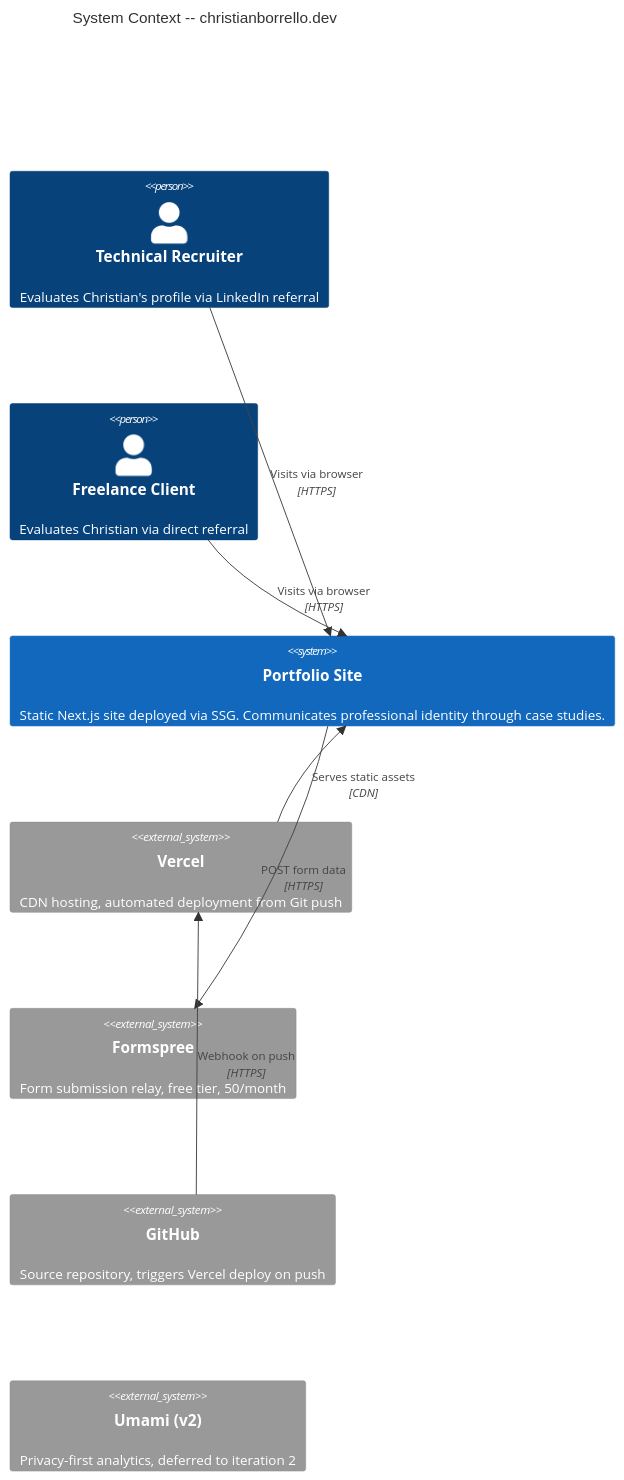
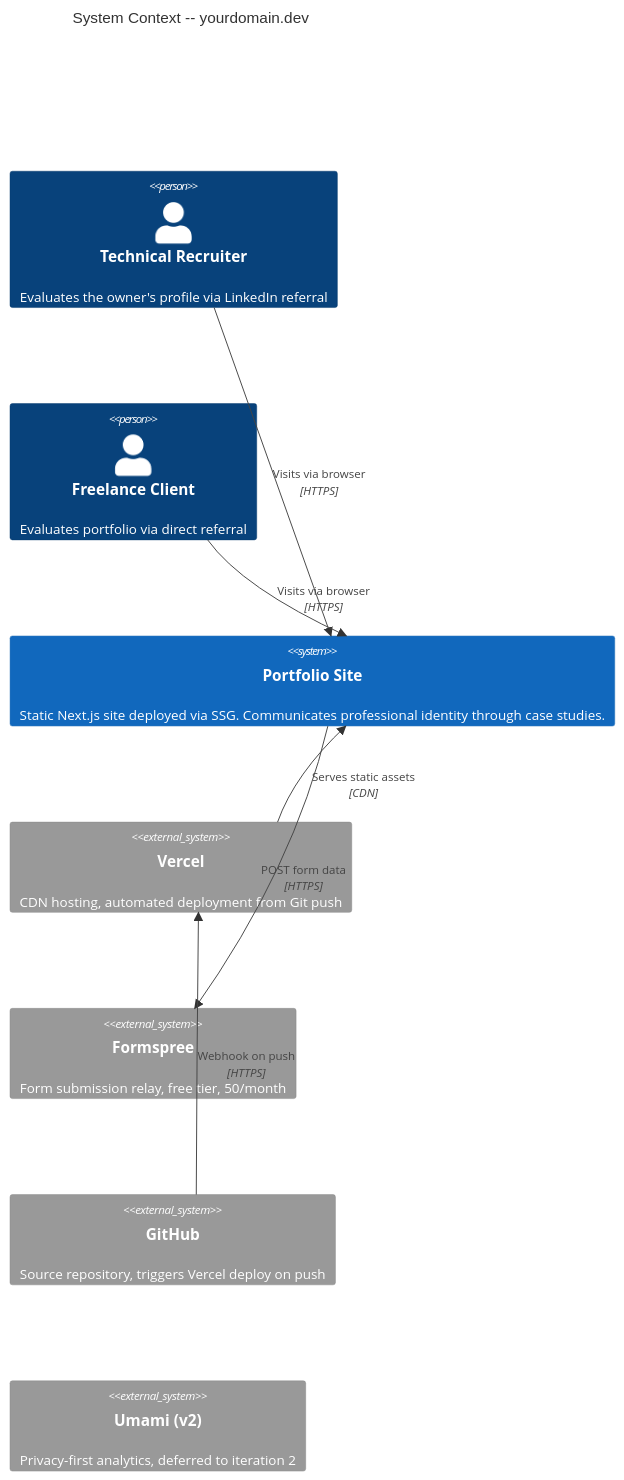
Before and after one commit to christianBorrello/WebPortfolio: the first of 7 diagrams in docs/design/architecture-design.md, drawn with Mermaid. The commit also changed other lines of this file and 116 other files, not shown here.

````diff
--- a/docs/design/architecture-design.md
+++ b/docs/design/architecture-design.md
@@ -11,20 +9,20 @@
 ```mermaid
 C4Context
-    title System Context -- christianborrello.dev
+    title System Context -- yourdomain.dev
 
-    Person(recruiter, "Technical Recruiter", "Evaluates Christian's profile via LinkedIn referral")
-    Person(client, "Freelance Client", "Evaluates Christian via direct referral")
+    Person(recruiter, "Technical Recruiter", "Evaluates the owner's profile via LinkedIn referral")
+    Person(client, "Freelance Client", "Evaluates portfolio via direct referral")
 
     System(portfolio, "Portfolio Site", "Static Next.js site deployed via SSG. Communicates professional identity through case studies.")
 
     System_Ext(vercel, "Vercel", "CDN hosting, automated deployment from Git push")
     System_Ext(formspree, "Formspree", "Form submission relay, free tier, 50/month")
     System_Ext(github, "GitHub", "Source repository, triggers Vercel deploy on push")
     System_Ext(umami, "Umami (v2)", "Privacy-first analytics, deferred to iteration 2")
 
     Rel(recruiter, portfolio, "Visits via browser", "HTTPS")
     Rel(client, portfolio, "Visits via browser", "HTTPS")
     Rel(portfolio, formspree, "POST form data", "HTTPS")
     Rel(github, vercel, "Webhook on push", "HTTPS")
     Rel(vercel, portfolio, "Serves static assets", "CDN")
 ```
````
